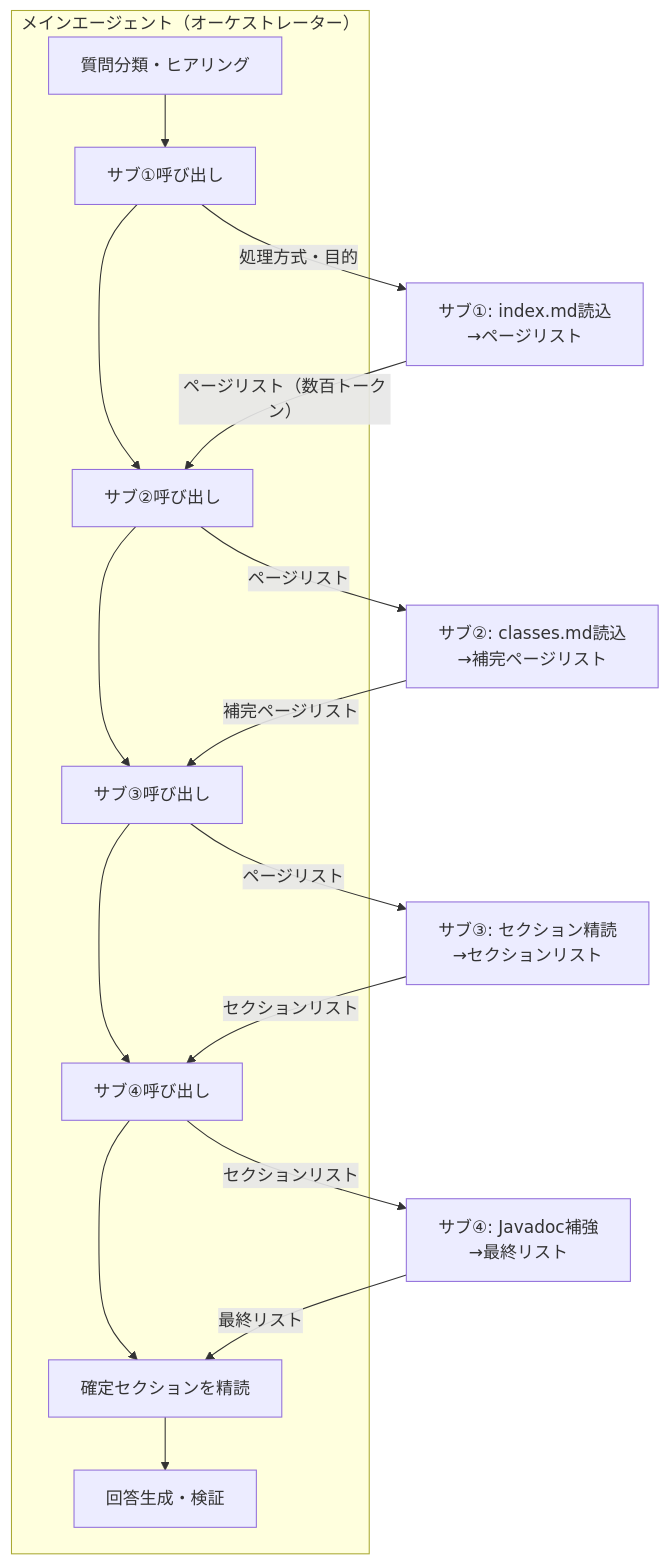
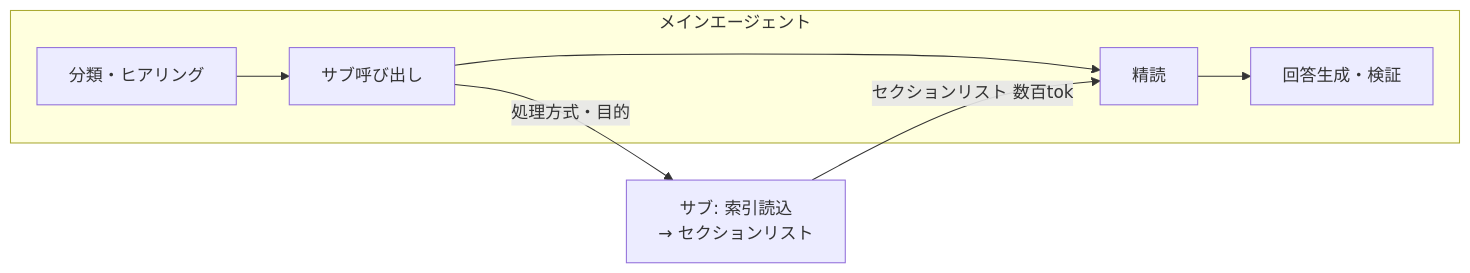
The third of 4 diagrams in docs/reports/cost-optimization-nabledge.md (nablarch/nabledge-dev), drawn with Mermaid before and after one commit. The commit also changed other lines of this file and 1 other file, not shown here.

````diff
--- a/docs/reports/cost-optimization-nabledge.md
+++ b/docs/reports/cost-optimization-nabledge.md
@@ -55,25 +136,9 @@
 ```mermaid
-flowchart TD
-    subgraph メイン[メインエージェント（オーケストレーター）]
-        M1[質問分類・ヒアリング]
-        M2[サブ①呼び出し]
-        M3[サブ②呼び出し]
-        M4[サブ③呼び出し]
-        M5[サブ④呼び出し]
-        M6[確定セクションを精読]
-        M7[回答生成・検証]
-        M1 --> M2 --> M3 --> M4 --> M5 --> M6 --> M7
+flowchart LR
+    subgraph メイン[メインエージェント]
+        M1[分類・ヒアリング] --> M2[サブ呼び出し] --> M6[精読] --> M7[回答生成・検証]
     end
-    S1[サブ①: index.md読込<br/>→ページリスト]
-    S2[サブ②: classes.md読込<br/>→補完ページリスト]
-    S3[サブ③: セクション精読<br/>→セクションリスト]
-    S4[サブ④: Javadoc補強<br/>→最終リスト]
-    M2 -->|処理方式・目的| S1
-    S1 -->|ページリスト（数百トークン）| M3
-    M3 -->|ページリスト| S2
-    S2 -->|補完ページリスト| M4
-    M4 -->|ページリスト| S3
-    S3 -->|セクションリスト| M5
-    M5 -->|セクションリスト| S4
-    S4 -->|最終リスト| M6
+    S[サブ: 索引読込<br/>→ セクションリスト]
+    M2 -->|処理方式・目的| S
+    S -->|セクションリスト 数百tok| M6
 ```
````
